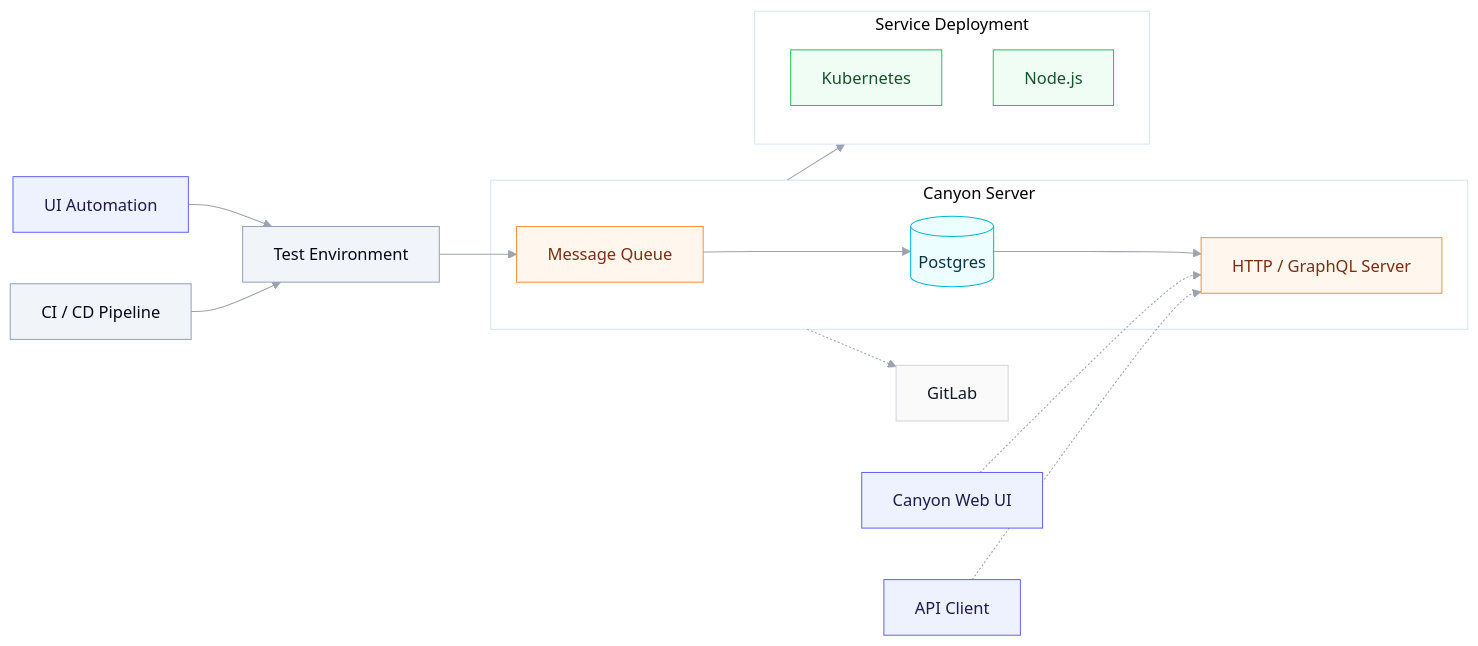
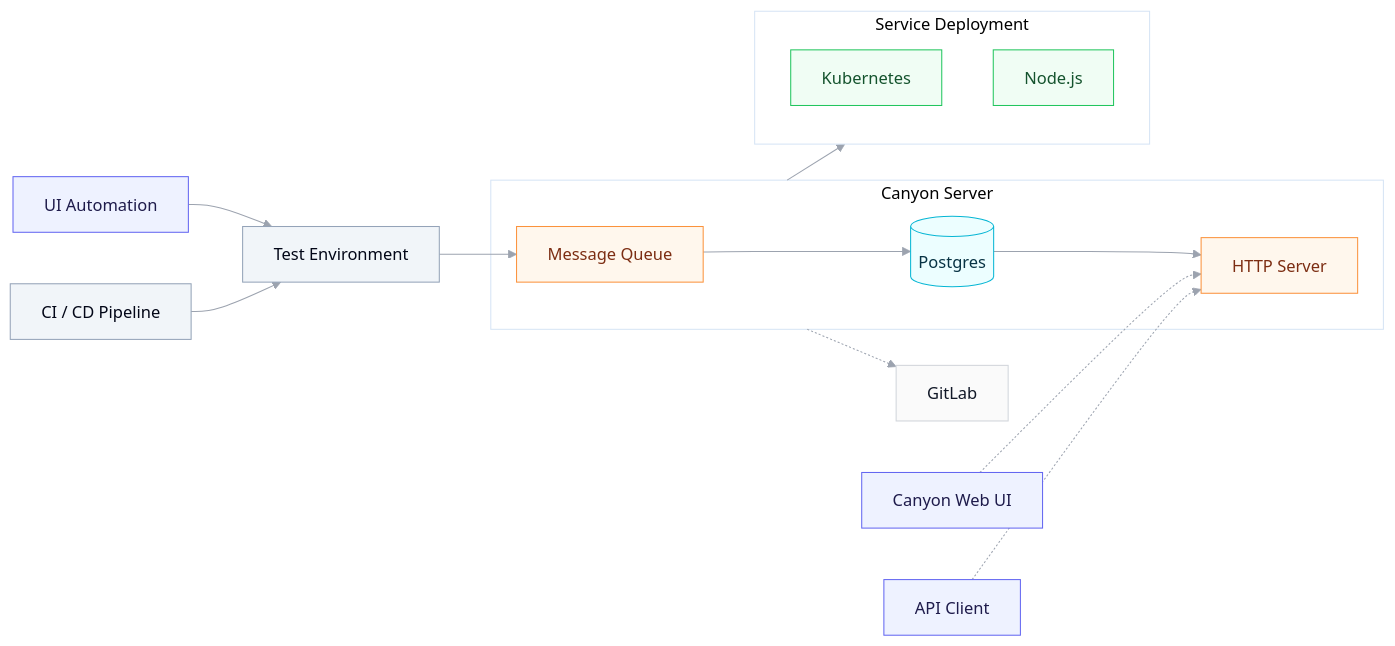
Before and after one commit to canyon-project/canyon: the diagram in README.md, drawn with Mermaid. The commit also changed 7 other files, not shown here.

Commit message:
fix: update README and documentation for clarity and accuracy, including renaming HTTP server and refining descriptions of components and installation steps

````diff
--- a/README.md
+++ b/README.md
@@ -59,69 +59,69 @@
 ```mermaid
 %%{init: {
   "theme": "base",
   "themeVariables": {
     "primaryColor": "#FFF7ED",
     "primaryBorderColor": "#FB923C",
     "lineColor": "#9CA3AF",
     "fontFamily": "Inter, system-ui"
   }
 }}%%
 
 flowchart LR
   classDef client fill:#EEF2FF,stroke:#6366F1,color:#1E1B4B;
   classDef test fill:#F1F5F9,stroke:#94A3B8,color:#020617;
   classDef core fill:#FFF7ED,stroke:#FB923C,color:#7C2D12;
   classDef storage fill:#ECFEFF,stroke:#06B6D4,color:#083344;
   classDef infra fill:#F0FDF4,stroke:#22C55E,color:#14532D;
   classDef external fill:#FAFAFA,stroke:#D1D5DB,color:#111827;
 
   %% Clients
   UI[UI Automation]
   WebUI[Canyon Web UI]
   API[API Client]
 
   class UI,WebUI,API client
 
   %% Test
   Test[Test Environment]
   Pipeline[CI / CD Pipeline]
 
   class Test,Pipeline test
 
   UI --> Test
   Pipeline --> Test
 
   %% Canyon Core
   subgraph Canyon["Canyon Server"]
     MQ[Message Queue]
     DB[(Postgres)]
-    HTTP[HTTP / GraphQL Server]
+    HTTP[HTTP Server]
   end
 
   class MQ,HTTP core
   class DB storage
 
   Test --> MQ
   MQ --> DB
   DB --> HTTP
 
   %% Infra
   subgraph Deploy["Service Deployment"]
     K8s[Kubernetes]
     Node[Node.js]
   end
 
   class K8s,Node infra
 
   Canyon --> Deploy
 
   %% External
   GitLab[GitLab]
   class GitLab external
 
   Canyon -.-> GitLab
 
   WebUI -.-> HTTP
   API -.-> HTTP
 
 ```
````
